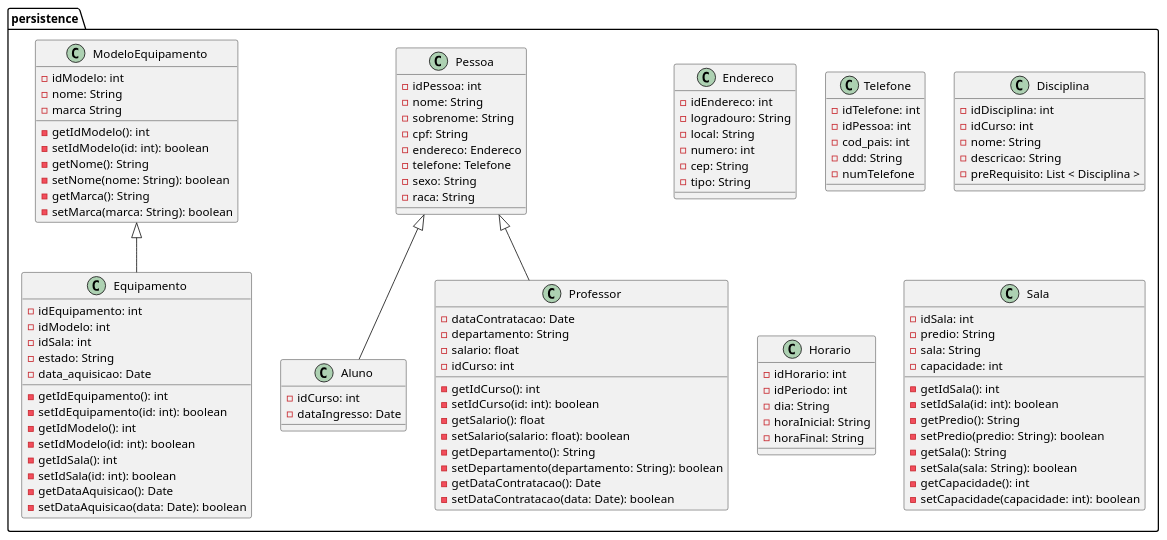
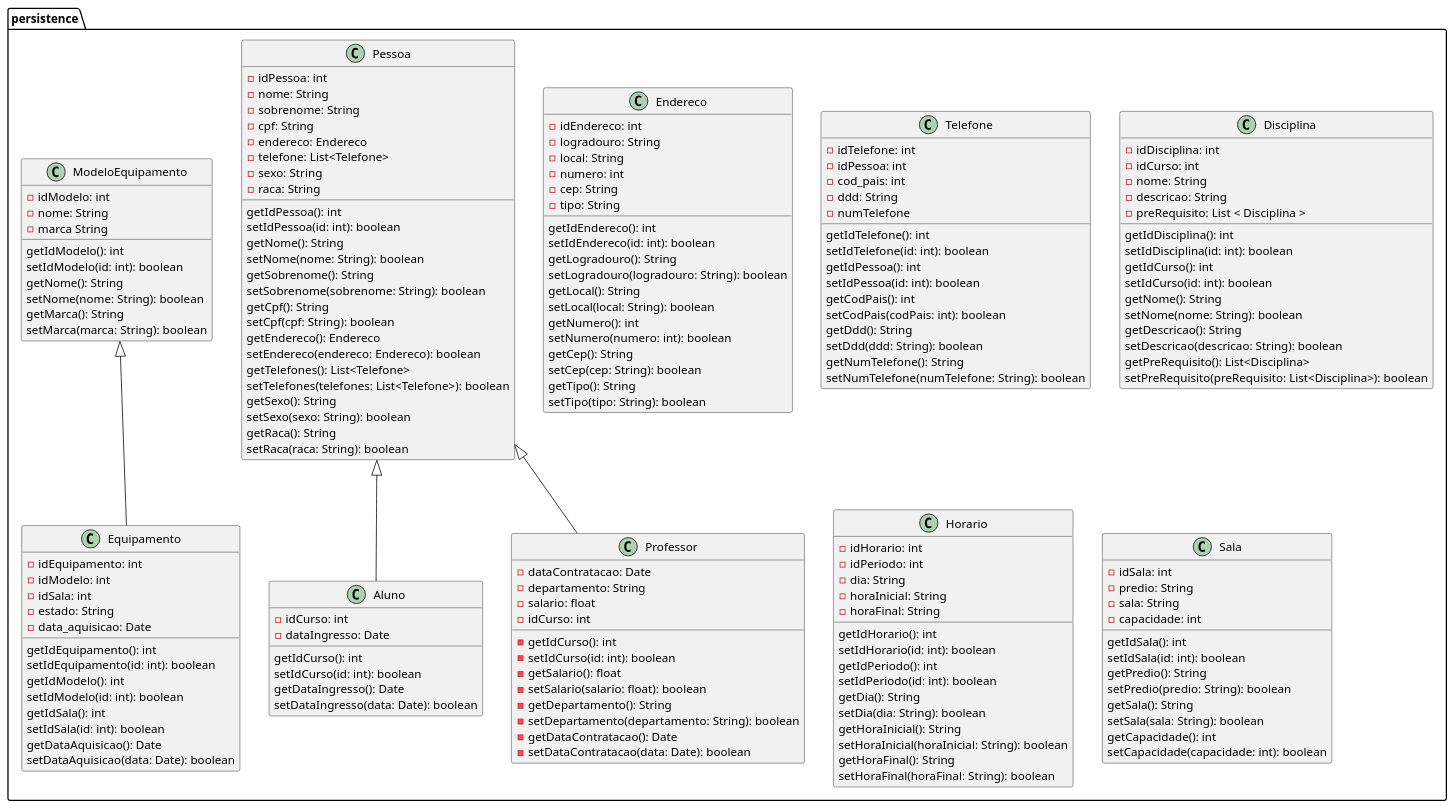
Before and after one commit to lknupp/sistema-de-gestao-academico: the diagram in assets/diagrama-de-classe.puml, drawn with PlantUML.

Commit message:
feat: added getters and setters for class diagram

```diff
--- a/assets/diagrama-de-classe.puml
+++ b/assets/diagrama-de-classe.puml
@@ -1,118 +1,188 @@
 @startuml
 
 package "persistence" {
 
     class Pessoa {
         - idPessoa: int
         - nome: String
         - sobrenome: String
         - cpf: String
         - endereco: Endereco
-        - telefone: Telefone
+        - telefone: List<Telefone>
         - sexo: String
         - raca: String
+
+        getIdPessoa(): int
+        setIdPessoa(id: int): boolean
+        getNome(): String
+        setNome(nome: String): boolean
+        getSobrenome(): String
+        setSobrenome(sobrenome: String): boolean
+        getCpf(): String
+        setCpf(cpf: String): boolean
+        getEndereco(): Endereco
+        setEndereco(endereco: Endereco): boolean
+        getTelefones(): List<Telefone>
+        setTelefones(telefones: List<Telefone>): boolean
+        getSexo(): String
+        setSexo(sexo: String): boolean
+        getRaca(): String
+        setRaca(raca: String): boolean
     }
 
     Pessoa <|-- Aluno
     class Aluno {
         - idCurso: int
         - dataIngresso: Date
 
+        getIdCurso(): int
+        setIdCurso(id: int): boolean
+        getDataIngresso(): Date
+        setDataIngresso(data: Date): boolean
     }
 
     Pessoa <|-- Professor
     class Professor {
         - dataContratacao: Date
         - departamento: String
         - salario: float
         - idCurso: int
 
         - getIdCurso(): int
         - setIdCurso(id: int): boolean
         - getSalario(): float
         - setSalario(salario: float): boolean
         - getDepartamento(): String
         - setDepartamento(departamento: String): boolean
         - getDataContratacao(): Date
         - setDataContratacao(data: Date): boolean
     }
 
     class Endereco {
         - idEndereco: int
         - logradouro: String
         - local: String
         - numero: int
         - cep: String
         - tipo: String
+
+        getIdEndereco(): int
+        setIdEndereco(id: int): boolean
+        getLogradouro(): String
+        setLogradouro(logradouro: String): boolean
+        getLocal(): String
+        setLocal(local: String): boolean
+        getNumero(): int
+        setNumero(numero: int): boolean
+        getCep(): String
+        setCep(cep: String): boolean
+        getTipo(): String
+        setTipo(tipo: String): boolean
     }
 
     class Telefone {
         - idTelefone: int
         - idPessoa: int
         - cod_pais: int
         - ddd: String
         - numTelefone
+
+        getIdTelefone(): int
+        setIdTelefone(id: int): boolean
+        getIdPessoa(): int
+        setIdPessoa(id: int): boolean
+        getCodPais(): int
+        setCodPais(codPais: int): boolean
+        getDdd(): String
+        setDdd(ddd: String): boolean
+        getNumTelefone(): String
+        setNumTelefone(numTelefone: String): boolean
     }
 
     class Disciplina {
         - idDisciplina: int
         - idCurso: int
         - nome: String
         - descricao: String
         - preRequisito: List < Disciplina >
+
+        getIdDisciplina(): int
+        setIdDisciplina(id: int): boolean
+        getIdCurso(): int
+        setIdCurso(id: int): boolean
+        getNome(): String
+        setNome(nome: String): boolean
+        getDescricao(): String
+        setDescricao(descricao: String): boolean
+        getPreRequisito(): List<Disciplina>
+        setPreRequisito(preRequisito: List<Disciplina>): boolean
     }
 
     class Horario {
         - idHorario: int
         - idPeriodo: int
         - dia: String
         - horaInicial: String
         - horaFinal: String
+
+        getIdHorario(): int
+        setIdHorario(id: int): boolean
+        getIdPeriodo(): int
+        setIdPeriodo(id: int): boolean
+        getDia(): String
+        setDia(dia: String): boolean
+        getHoraInicial(): String
+        setHoraInicial(horaInicial: String): boolean
+        getHoraFinal(): String
+        setHoraFinal(horaFinal: String): boolean
     }
 
     class Sala {
         - idSala: int
         - predio: String
         - sala: String
         - capacidade: int
-        - getIdSala(): int
-        - setIdSala(id: int): boolean
-        - getPredio(): String
-        - setPredio(predio: String): boolean
-        - getSala(): String
-        - setSala(sala: String): boolean
-        - getCapacidade(): int
-        - setCapacidade(capacidade: int): boolean
+
+        getIdSala(): int
+        setIdSala(id: int): boolean
+        getPredio(): String
+        setPredio(predio: String): boolean
+        getSala(): String
+        setSala(sala: String): boolean
+        getCapacidade(): int
+        setCapacidade(capacidade: int): boolean
     }
 
     class ModeloEquipamento {
         - idModelo: int
         - nome: String
         - marca String
-        - getIdModelo(): int
-        - setIdModelo(id: int): boolean
-        - getNome(): String
-        - setNome(nome: String): boolean
-        - getMarca(): String
-        - setMarca(marca: String): boolean
+
+        getIdModelo(): int
+        setIdModelo(id: int): boolean
+        getNome(): String
+        setNome(nome: String): boolean
+        getMarca(): String
+        setMarca(marca: String): boolean
     }
 
     ModeloEquipamento <|-- Equipamento
     class Equipamento {
         - idEquipamento: int
         - idModelo: int
         - idSala: int
         - estado: String
         - data_aquisicao: Date
-        - getIdEquipamento(): int
-        - setIdEquipamento(id: int): boolean
-        - getIdModelo(): int
-        - setIdModelo(id: int): boolean
-        - getIdSala(): int
-        - setIdSala(id: int): boolean
-        - getDataAquisicao(): Date
-        - setDataAquisicao(data: Date): boolean
+        
+        getIdEquipamento(): int
+        setIdEquipamento(id: int): boolean
+        getIdModelo(): int
+        setIdModelo(id: int): boolean
+        getIdSala(): int
+        setIdSala(id: int): boolean
+        getDataAquisicao(): Date
+        setDataAquisicao(data: Date): boolean
     }
 }
 
 @enduml
```
